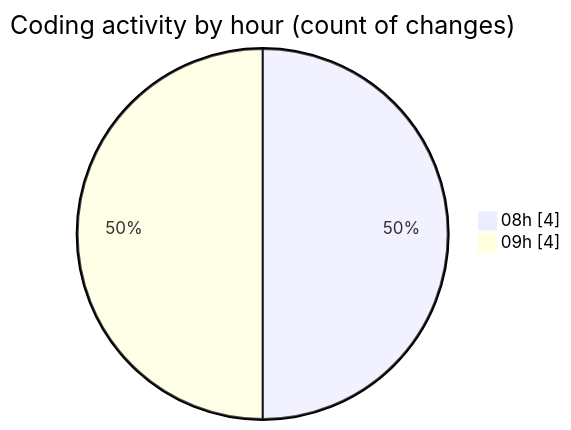
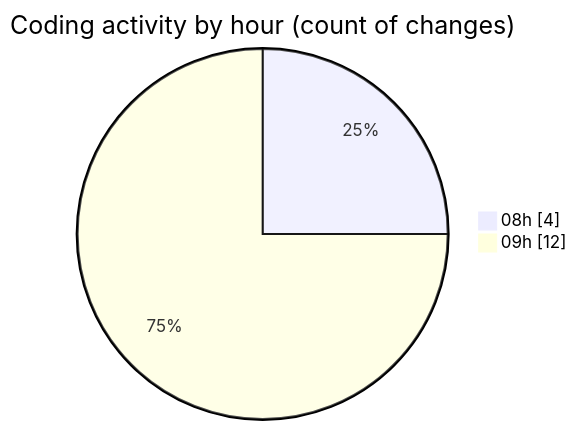
The second of 2 diagrams in 2026-02-19/bot_v1_2/README.md (becaeroporto-bot/code-tracking), drawn with Mermaid before and after one commit. The commit also changed other lines of this file and 1 other file, not shown here.

````diff
--- a/2026-02-19/bot_v1_2/README.md
+++ b/2026-02-19/bot_v1_2/README.md
@@ -31,6 +31,6 @@
 ```mermaid
 pie showData
 title Coding activity by hour (count of changes)
 "08h" : 4
-"09h" : 4
+"09h" : 12
 ```
````
